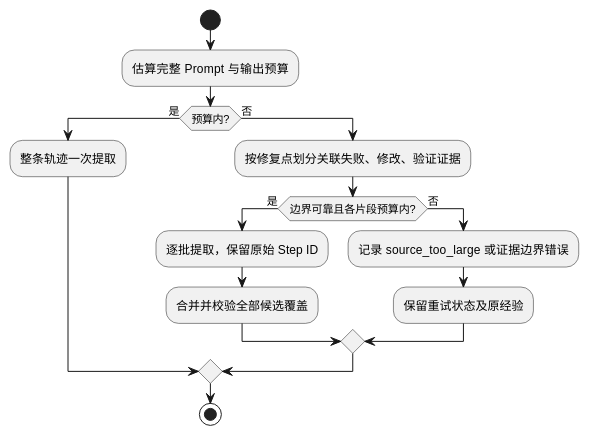
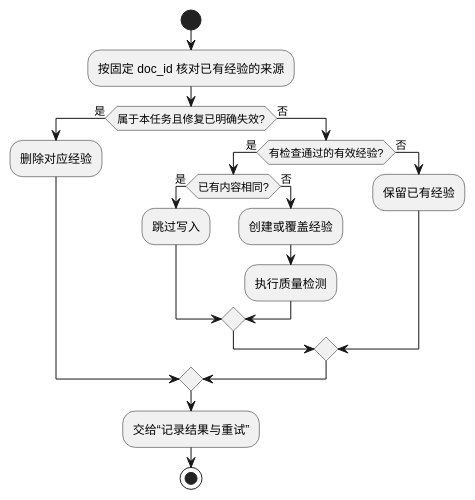
One commit to yf990848-droid/experience changed diagram 12 of 15 in docs/调测轨迹经验提取设计文档.md. Above: the diagram before and after it, drawn with PlantUML. The commit also changed other lines of this file, not shown here.

Commit message:
docs: 简化设计文档用词并统一业务模块流程图

````diff
--- a/docs/调测轨迹经验提取设计文档.md
+++ b/docs/调测轨迹经验提取设计文档.md
@@ -487,19 +436,22 @@
 ```plantuml
 @startuml
 start
-:估算完整 Prompt 与输出预算;
-if (预算内?) then (是)
-  :整条轨迹一次提取;
+:按固定 doc_id 核对已有经验的来源;
+if (属于本任务且修复已明确失效?) then (是)
+  :删除对应经验;
 else (否)
-  :按修复点划分关联失败、修改、验证证据;
-  if (边界可靠且各片段预算内?) then (是)
-    :逐批提取，保留原始 Step ID;
-    :合并并校验全部候选覆盖;
+  if (有检查通过的有效经验?) then (是)
+    if (已有内容相同?) then (是)
+      :跳过写入;
+    else (否)
+      :创建或覆盖经验;
+      :执行质量检测;
+    endif
   else (否)
-    :记录 source_too_large 或证据边界错误;
-    :保留重试状态及原经验;
+    :保留已有经验;
   endif
 endif
+:交给“记录结果与重试”;
 stop
 @enduml
 ```
````
